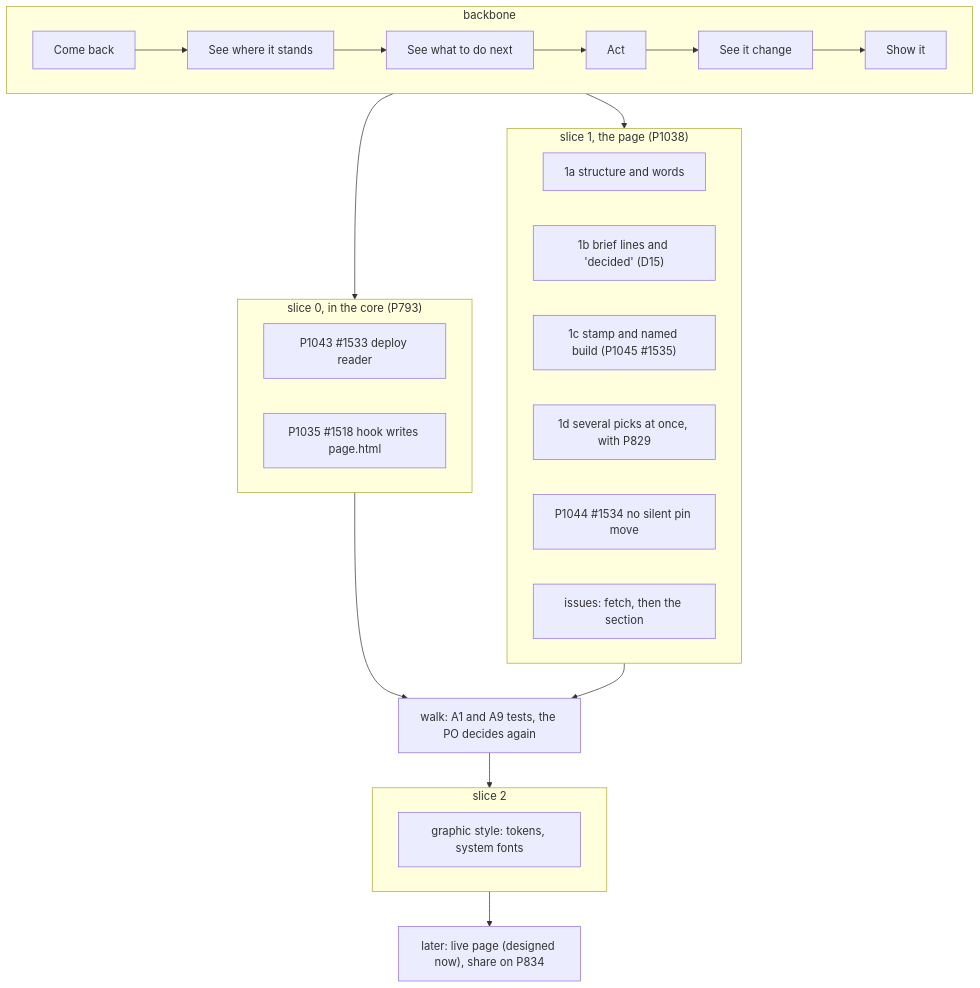
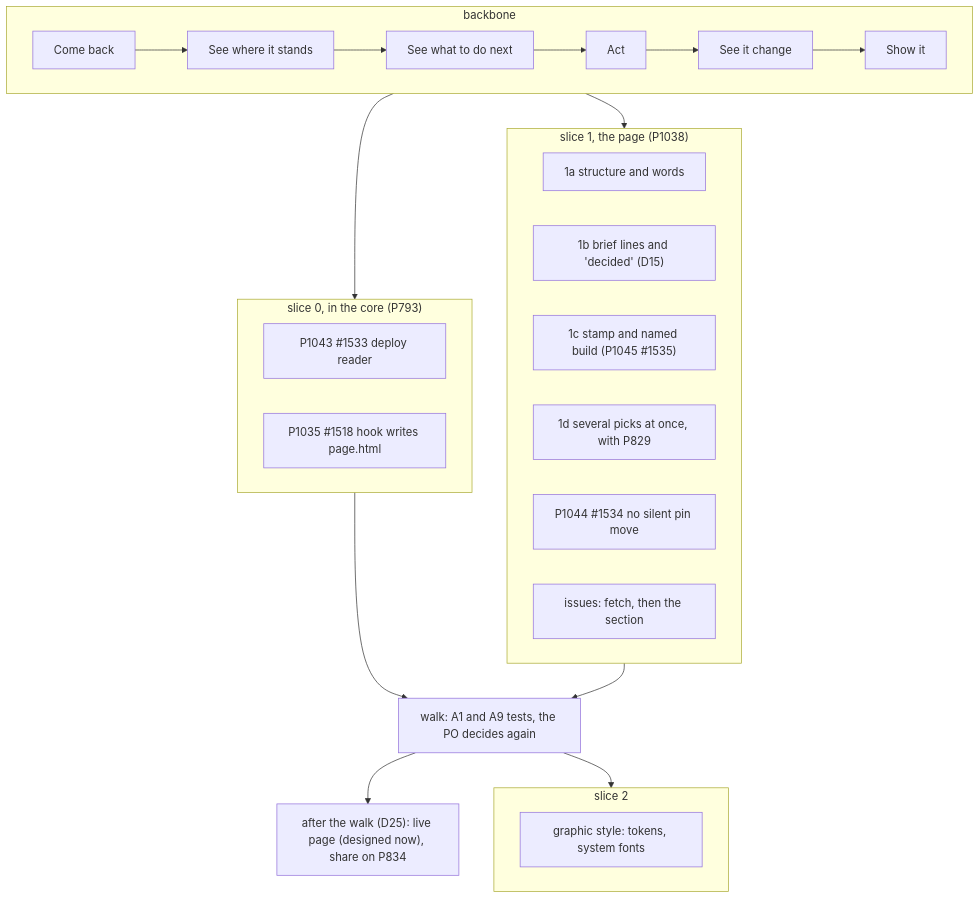
The fourth of 4 diagrams in docs/discovery/2026-11-23-p1038-page-design/diagrams.md (xmejkal/spark), drawn with Mermaid before and after one commit. The commit also changed other lines of this file and 5 other files, not shown here.

First line of the commit message:
P1038 discovery: the review fixes of #1541: private issue titles withheld, the sketch's NOW, header and times, the stamp list marked as the architect's, delegated marks, D28 the plugins

````diff
--- a/docs/discovery/2026-11-23-p1038-page-design/diagrams.md
+++ b/docs/discovery/2026-11-23-p1038-page-design/diagrams.md
@@ -91,28 +91,29 @@
 ```mermaid
 flowchart TB
   subgraph backbone["backbone"]
     direction LR
     b1["Come back"] --> b2["See where it stands"] --> b3["See what to do next"] --> b4["Act"] --> b5["See it change"] --> b6["Show it"]
   end
   subgraph s0["slice 0, in the core (P793)"]
     s0a["P1043 #1533 deploy reader"]
     s0b["P1035 #1518 hook writes page.html"]
   end
   subgraph s1["slice 1, the page (P1038)"]
     s1a["1a structure and words"]
     s1b["1b brief lines and 'decided' (D15)"]
     s1c["1c stamp and named build (P1045 #1535)"]
     s1d["1d several picks at once, with P829"]
     s1e["P1044 #1534 no silent pin move"]
     s1f["issues: fetch, then the section"]
   end
   walk["walk: A1 and A9 tests, the PO decides again"]
   subgraph s2["slice 2"]
     s2a["graphic style: tokens, system fonts"]
   end
-  later["later: live page (designed now), share on P834"]
+  later["after the walk (D25): live page (designed now), share on P834"]
   backbone --> s0
   backbone --> s1
   s0 --> walk
-  s1 --> walk --> s2 --> later
+  s1 --> walk --> s2
+  walk --> later
 ```
````
